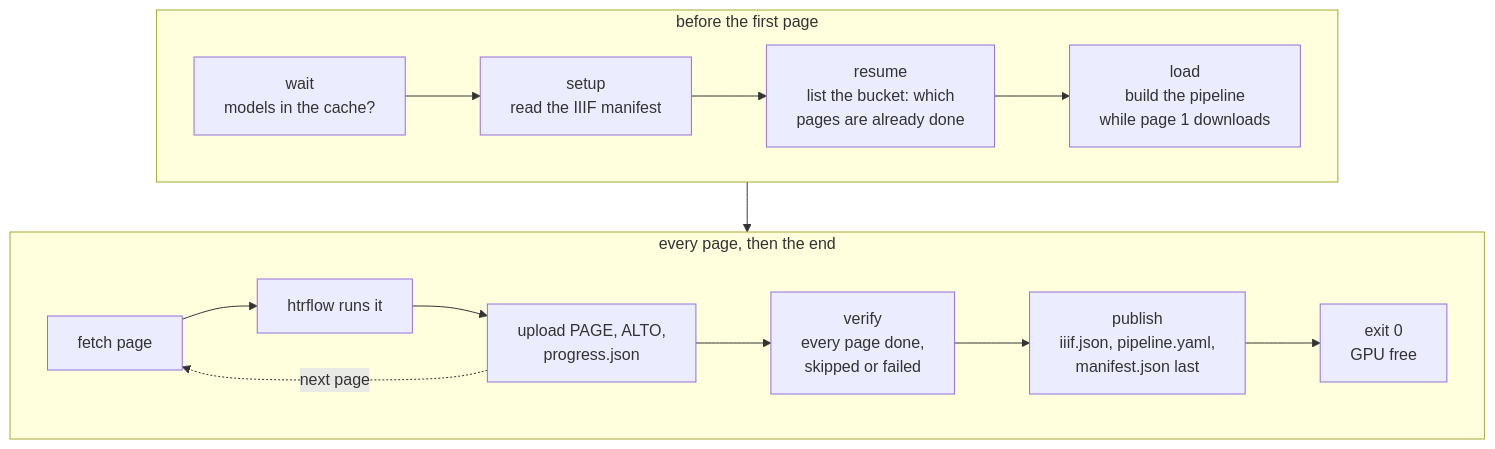
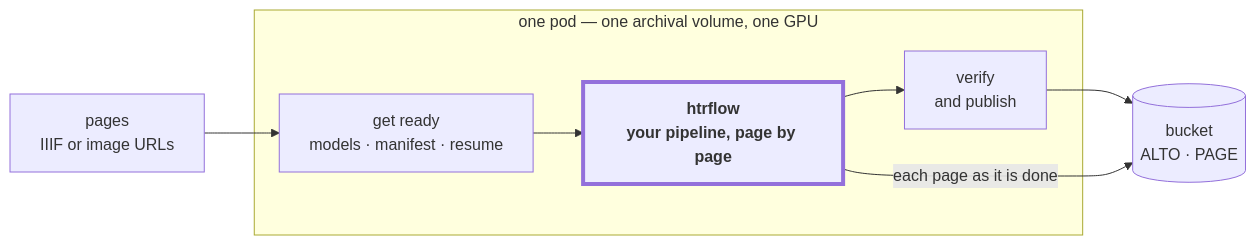
The diagram in docs/slides/assets/part-1-from-one-folder-to-the-archive-4.mmd (AI-Riksarkivet/htrflow-batch), drawn with Mermaid before and after one commit. The commit also changed 2 other files, not shown here.

Commit message:
docs(slides): put htrflow at the centre of part 1's pod slide
Titled htrflow in a pod: pages come in, the pod gets ready, htrflow runs
the pipeline page by page and sends each page's results to the bucket, and
the pod verifies and publishes. The htrflow box is drawn heavier.

Claude-Session: https://claude.ai/code/session_01HGkpuggZmaB7oiGwzxD1JG

```diff
--- a/docs/slides/assets/part-1-from-one-folder-to-the-archive-4.mmd
+++ b/docs/slides/assets/part-1-from-one-folder-to-the-archive-4.mmd
@@ -1,11 +1,11 @@
-flowchart TB
-  subgraph A["before the first page"]
-    direction LR
-    W["wait<br/>models in the cache?"] --> S["setup<br/>read the IIIF manifest"] --> R["resume<br/>list the bucket: which<br/>pages are already done"] --> L["load<br/>build the pipeline<br/>while page 1 downloads"]
+flowchart LR
+  IN["pages<br/>IIIF or image URLs"]
+  subgraph POD["one pod — one archival volume, one GPU"]
+    PRE["get ready<br/>models · manifest · resume"]
+    HTR["htrflow<br/>your pipeline, page by page"]
+    POST["verify<br/>and publish"]
   end
-  subgraph B["every page, then the end"]
-    direction LR
-    F["fetch page"] --> H["htrflow runs it"] --> U["upload PAGE, ALTO,<br/>progress.json"] --> V["verify<br/>every page done,<br/>skipped or failed"] --> P["publish<br/>iiif.json, pipeline.yaml,<br/>manifest.json last"] --> X["exit 0<br/>GPU free"]
-    U -. "next page" .-> F
-  end
-  A --> B
+  OUT[("bucket<br/>ALTO · PAGE")]
+  IN --> PRE --> HTR --> POST --> OUT
+  HTR -- "each page as it is done" --> OUT
+  style HTR stroke-width:4px,font-weight:bold
```
